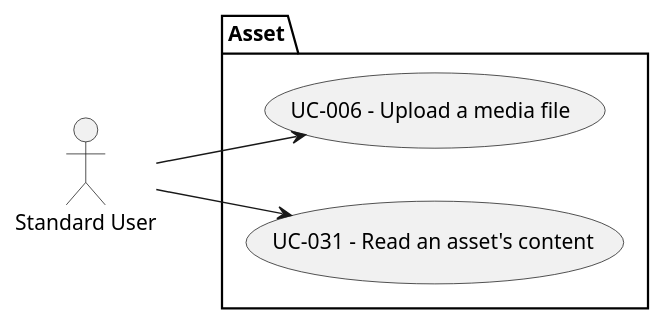
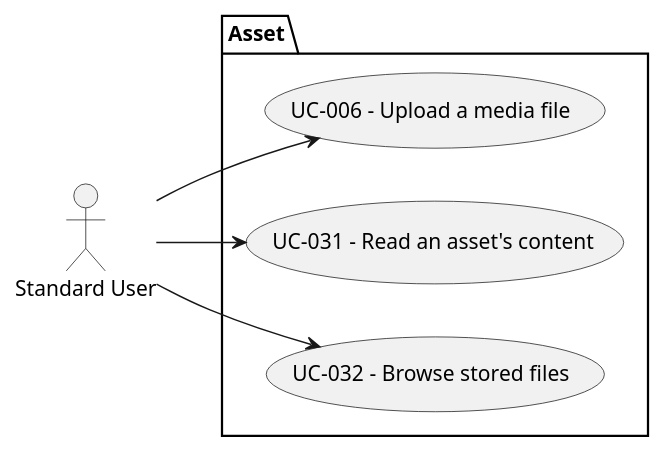
The eighth of 8 diagrams in docs/development/UseCases.md (Mnemorium/mnemorium), drawn with PlantUML before and after one commit. The commit also changed other lines of this file and 335 other files, not shown here.

````diff
--- a/docs/development/UseCases.md
+++ b/docs/development/UseCases.md
@@ -1710,16 +1710,18 @@
 ```puml
 @startuml
 left to right direction
 skinparam style strictuml
 
 actor "Standard User" as StandardUser
 
 package "Asset" {
   usecase "UC-006 - Upload a media file" as UC006
   usecase "UC-031 - Read an asset's content" as UC031
+  usecase "UC-032 - Browse stored files" as UC032
 }
 
 StandardUser --> UC006
 StandardUser --> UC031
+StandardUser --> UC032
 @enduml
 ```
````
